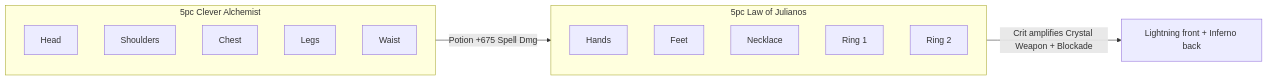
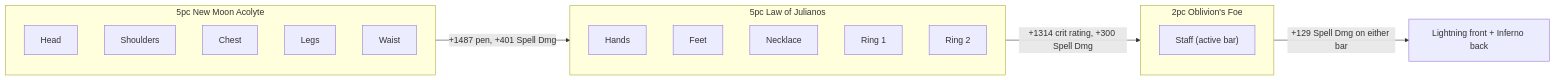
Before and after one commit to solaegis/CharacterMarkdown: the third of 3 diagrams in examples/solaegis/eu/taranis_kotu_plan.md, drawn with Mermaid. The commit also changed other lines of this file and 10 other files, not shown here.

````diff
--- a/examples/solaegis/eu/taranis_kotu_plan.md
+++ b/examples/solaegis/eu/taranis_kotu_plan.md
@@ -242,19 +242,23 @@
 ```mermaid
 graph LR
-    subgraph CleverAlchemist ["5pc Clever Alchemist"]
-        C1["Head"]
-        C2["Shoulders"]
-        C3["Chest"]
-        C4["Legs"]
-        C5["Waist"]
+    subgraph NewMoon ["5pc New Moon Acolyte"]
+        N1["Head"]
+        N2["Shoulders"]
+        N3["Chest"]
+        N4["Legs"]
+        N5["Waist"]
     end
     subgraph Julianos ["5pc Law of Julianos"]
         J1["Hands"]
         J2["Feet"]
         J3["Necklace"]
         J4["Ring 1"]
         J5["Ring 2"]
     end
-    CleverAlchemist -->|"Potion +675 Spell Dmg"| Julianos
-    Julianos -->|"Crit amplifies Crystal Weapon + Blockade"| Staves["Lightning front + Inferno back"]
+    subgraph Foe ["2pc Oblivion's Foe"]
+        F1["Staff (active bar)"]
+    end
+    NewMoon -->|"+1487 pen, +401 Spell Dmg"| Julianos
+    Julianos -->|"+1314 crit rating, +300 Spell Dmg"| Foe
+    Foe -->|"+129 Spell Dmg on either bar"| Staves["Lightning front + Inferno back"]
 ```
````
